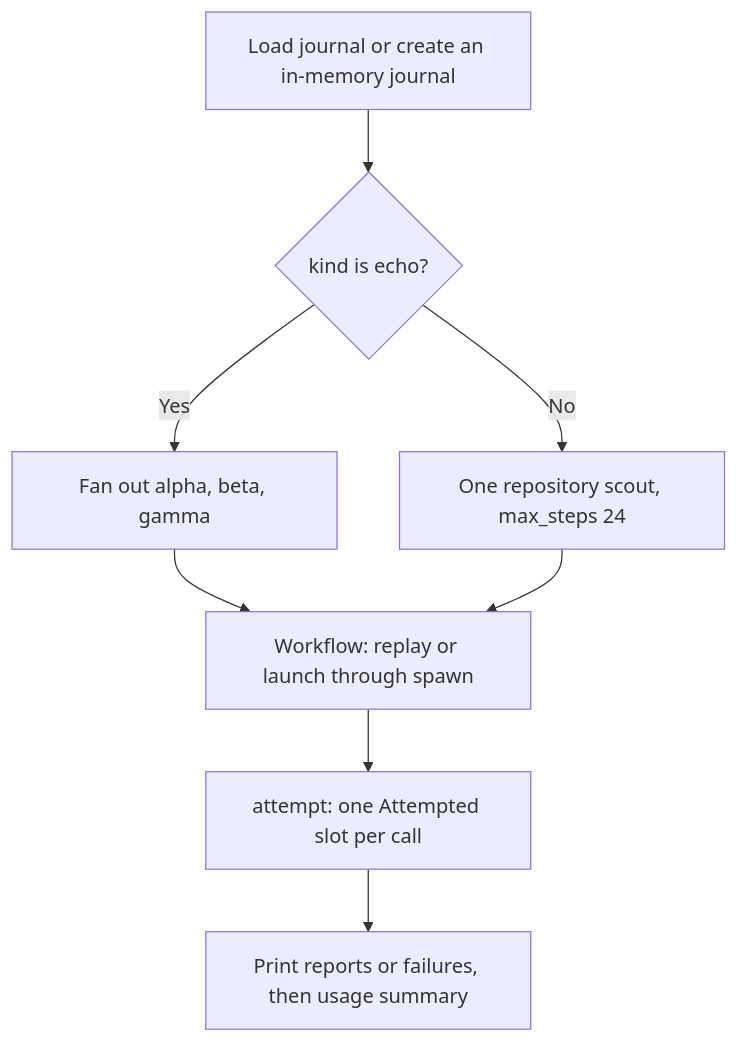
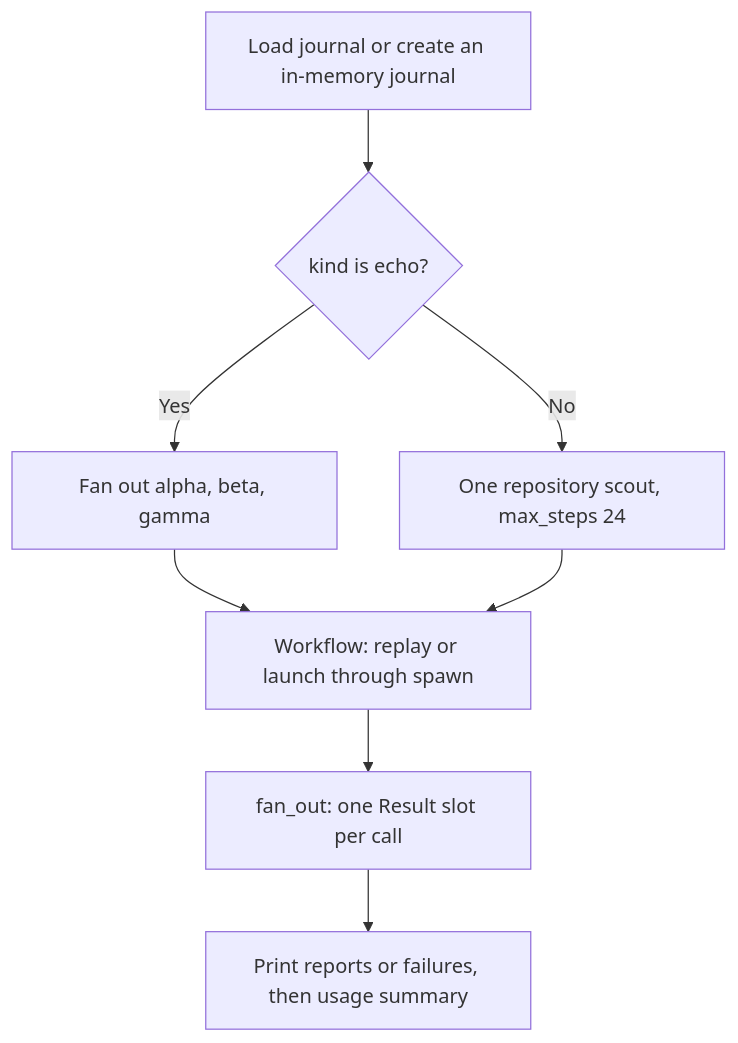
The diagram in examples/scout/README.mbt.md (moonbitlang/workflow), drawn with Mermaid before and after one commit. The commit also changed 20 other files, not shown here.

First line of the commit message:
refactor!: drop attempt; fan_out keeps each item's failure itself

````diff
--- a/examples/scout/README.mbt.md
+++ b/examples/scout/README.mbt.md
@@ -64,10 +64,10 @@
 ```mermaid
 flowchart TD
   Start["Load journal or create an in-memory journal"] --> Kind{"kind is echo?"}
   Kind -->|Yes| Probes["Fan out alpha, beta, gamma"]
   Kind -->|No| Scout["One repository scout, max_steps 24"]
   Probes --> Call["Workflow: replay or launch through spawn"]
   Scout --> Call
-  Call --> Result["attempt: one Attempted slot per call"]
+  Call --> Result["fan_out: one Result slot per call"]
   Result --> Print["Print reports or failures, then usage summary"]
 ```
````
